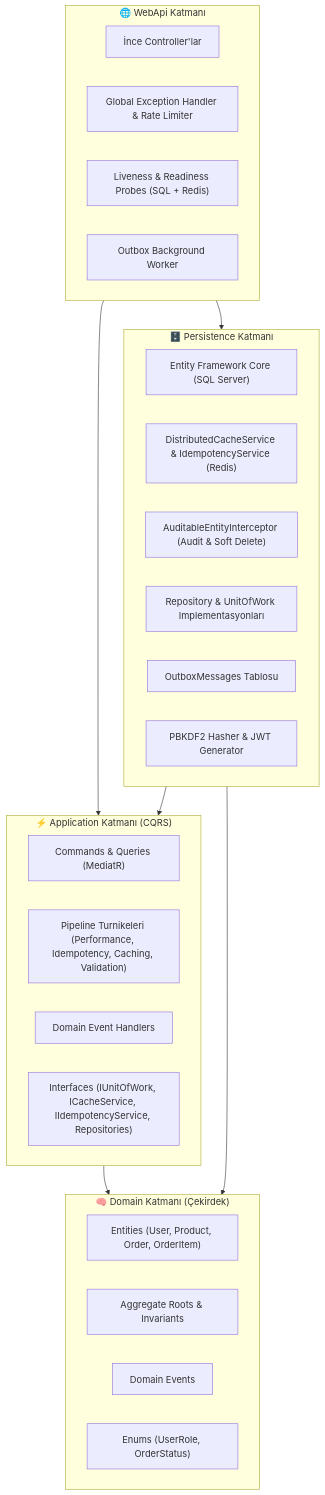
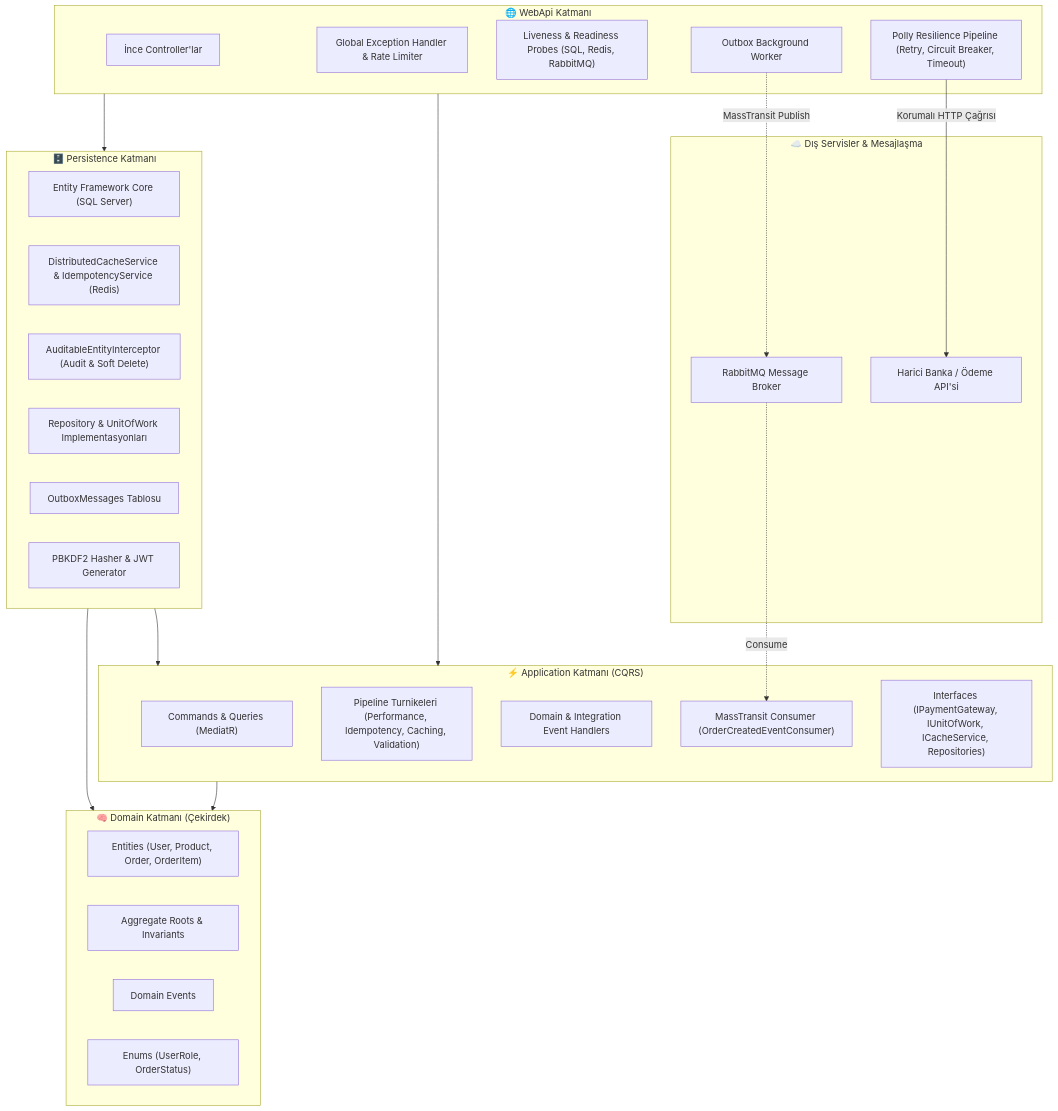
Before and after one commit to GokhanGKHN/DotnetArchitecture: the diagram in README.md, drawn with Mermaid. The commit also changed other lines of this file and 7 other files, not shown here.

Commit message:
feat(resilience): integrate Polly v8 resilience pipeline with circuit breaker and retry for payment gateway

````diff
--- a/README.md
+++ b/README.md
@@ -43,38 +48,49 @@
 ```mermaid
 flowchart TD
     subgraph WebApi ["🌐 WebApi Katmanı"]
         Controllers["İnce Controller'lar"]
         Middlewares["Global Exception Handler & Rate Limiter"]
-        HealthChecks["Liveness & Readiness Probes (SQL + Redis)"]
+        HealthChecks["Liveness & Readiness Probes (SQL, Redis, RabbitMQ)"]
         BackgroundWorker["Outbox Background Worker"]
+        PollyPipeline["Polly Resilience Pipeline (Retry, Circuit Breaker, Timeout)"]
     end
 
     subgraph Application ["⚡ Application Katmanı (CQRS)"]
         Commands["Commands & Queries (MediatR)"]
         Behaviors["Pipeline Turnikeleri (Performance, Idempotency, Caching, Validation)"]
-        Events["Domain Event Handlers"]
-        AppInterfaces["Interfaces (IUnitOfWork, ICacheService, IIdempotencyService, Repositories)"]
+        Events["Domain & Integration Event Handlers"]
+        Consumers["MassTransit Consumer (OrderCreatedEventConsumer)"]
+        AppInterfaces["Interfaces (IPaymentGateway, IUnitOfWork, ICacheService, Repositories)"]
     end
 
     subgraph Persistence ["🗄️ Persistence Katmanı"]
         EFCore["Entity Framework Core (SQL Server)"]
         RedisCache["DistributedCacheService & IdempotencyService (Redis)"]
         Interceptors["AuditableEntityInterceptor (Audit & Soft Delete)"]
         Repositories["Repository & UnitOfWork Implementasyonları"]
         OutboxTable["OutboxMessages Tablosu"]
         AuthServices["PBKDF2 Hasher & JWT Generator"]
     end
 
     subgraph Domain ["🧠 Domain Katmanı (Çekirdek)"]
         Entities["Entities (User, Product, Order, OrderItem)"]
         AggregateRoots["Aggregate Roots & Invariants"]
         DomainEvents["Domain Events"]
         Enums["Enums (UserRole, OrderStatus)"]
     end
 
+    subgraph ExternalServices ["☁️ Dış Servisler & Mesajlaşma"]
+        RabbitMQBroker["RabbitMQ Message Broker"]
+        ExternalPaymentApi["Harici Banka / Ödeme API'si"]
+    end
+
     WebApi --> Application
     WebApi --> Persistence
     Persistence --> Application
     Application --> Domain
     Persistence --> Domain
+
+    BackgroundWorker -.->|MassTransit Publish| RabbitMQBroker
+    RabbitMQBroker -.->|Consume| Consumers
+    PollyPipeline -->|Korumalı HTTP Çağrısı| ExternalPaymentApi
 ```
````
